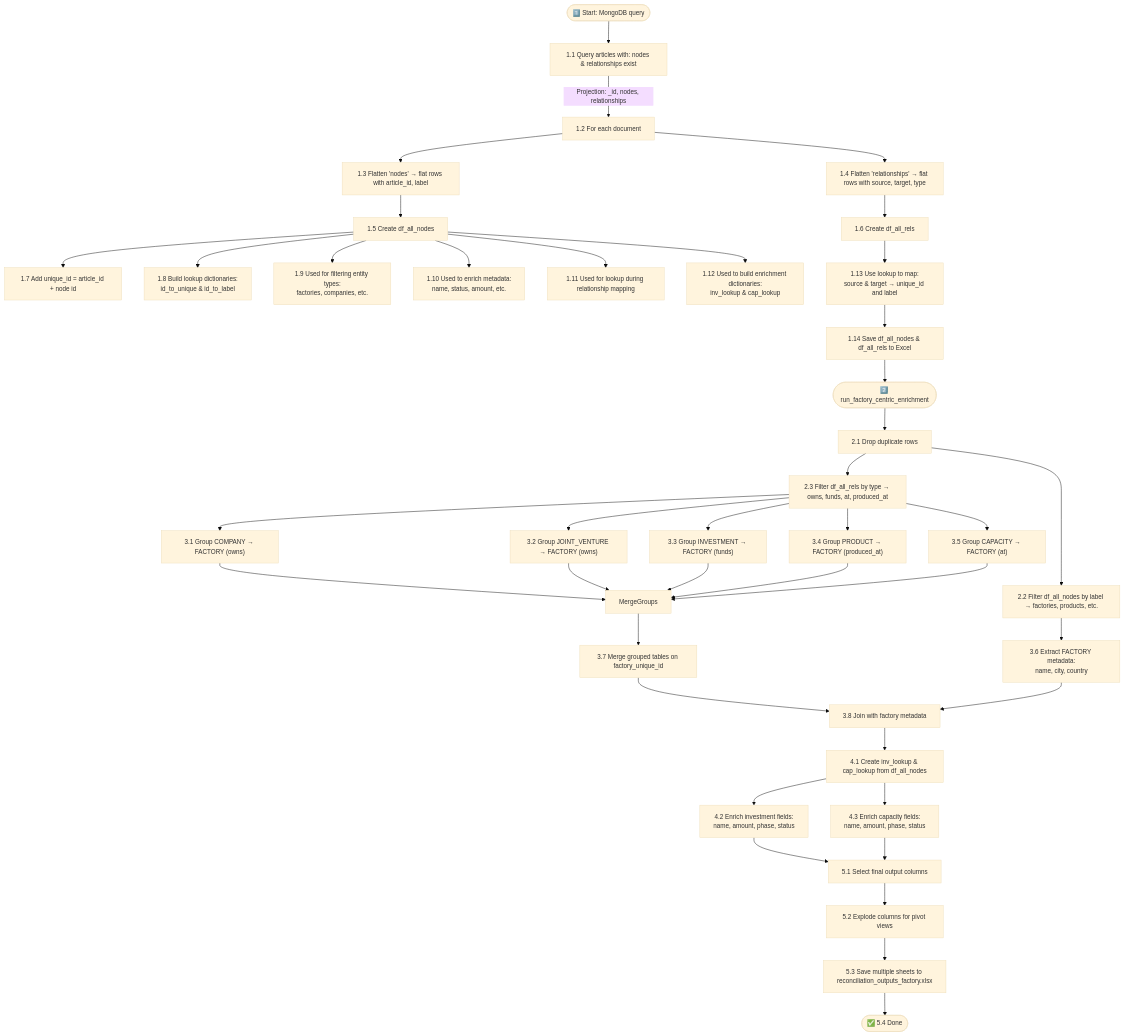
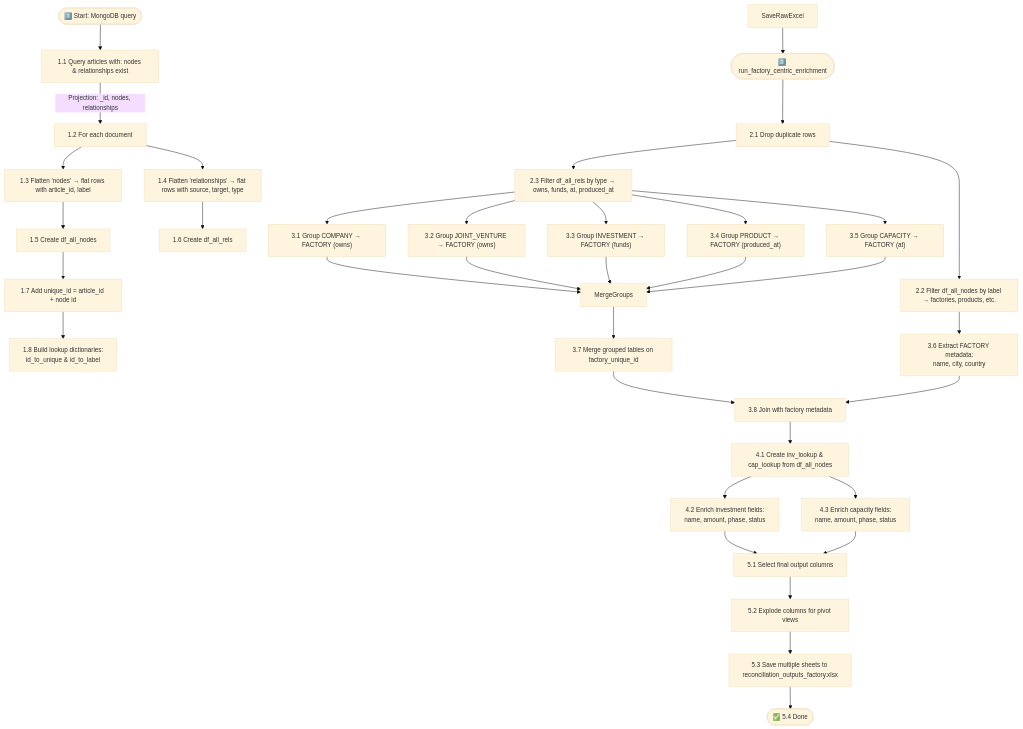
Before and after one commit to benmcwilliams/tuone-core: the diagram in reconcile/Readme.md, drawn with Mermaid.

````diff
--- a/reconcile/Readme.md
+++ b/reconcile/Readme.md
@@ -17,53 +17,48 @@
 ```mermaid
 %%{init: {'theme': 'base', 'themeVariables': { 'fontSize': '14px' }}}%%
 flowchart TD
 
 %% Section 1: Mongo query and document loop
 Start([1️⃣ Start: MongoDB query]) --> QueryMongo["1.1 Query articles with: nodes & relationships exist"]
 QueryMongo -->|Projection: _id, nodes, relationships| IterateDocs["1.2 For each document"]
 IterateDocs --> FlattenNodes["1.3 Flatten 'nodes' → flat rows with article_id, label"]
 IterateDocs --> FlattenRels["1.4 Flatten 'relationships' → flat rows with source, target, type"]
 FlattenNodes --> DFNodes["1.5 Create df_all_nodes"]
 FlattenRels --> DFRels["1.6 Create df_all_rels"]
 DFNodes --> UniqueID["1.7 Add unique_id = article_id + node id"]
-DFNodes --> IDToLabel["1.8 Build lookup dictionaries:\nid_to_unique & id_to_label"]
-DFNodes --> Role1["1.9 Used for filtering entity types:\nfactories, companies, etc."]
-DFNodes --> Role2["1.10 Used to enrich metadata:\nname, status, amount, etc."]
-DFNodes --> Role3["1.11 Used for lookup during relationship mapping"]
-DFNodes --> Role4["1.12 Used to build enrichment dictionaries:\ninv_lookup & cap_lookup"]
-DFRels --> MapSourceTarget["1.13 Use lookup to map:\nsource & target → unique_id and label"]
-MapSourceTarget --> SaveRawExcel["1.14 Save df_all_nodes & df_all_rels to Excel"]
+UniqueID["1.7 Add unique_id = article_id + node id"] --> IDToLabel["1.8 Build lookup dictionaries:\nid_to_unique & id_to_label"]
+
 
 %% Section 2: Begin enrichment function
 SaveRawExcel --> StartEnrich([2️⃣ run_factory_centric_enrichment])
 StartEnrich --> Deduplicate["2.1 Drop duplicate rows"]
 Deduplicate --> SubsetNodes["2.2 Filter df_all_nodes by label → factories, products, etc."]
 Deduplicate --> SubsetRels["2.3 Filter df_all_rels by type → owns, funds, at, produced_at"]
 
 %% Section 3: Grouping via relationships
 SubsetRels --> GroupOwns["3.1 Group COMPANY → FACTORY (owns)"]
 SubsetRels --> GroupOwnsJV["3.2 Group JOINT_VENTURE → FACTORY (owns)"]
 SubsetRels --> GroupFunds["3.3 Group INVESTMENT → FACTORY (funds)"]
 SubsetRels --> GroupProducts["3.4 Group PRODUCT → FACTORY (produced_at)"]
 SubsetRels --> GroupCapacities["3.5 Group CAPACITY → FACTORY (at)"]
 GroupOwns --> MergeGroups
 GroupOwnsJV --> MergeGroups
 GroupFunds --> MergeGroups
 GroupProducts --> MergeGroups
 GroupCapacities --> MergeGroups
 SubsetNodes --> FactoryMeta["3.6 Extract FACTORY metadata:\nname, city, country"]
 MergeGroups --> MergeFactory["3.7 Merge grouped tables on factory_unique_id"]
 MergeFactory --> MergeMeta["3.8 Join with factory metadata"]
 FactoryMeta["3.6 Extract FACTORY metadata:\nname, city, country"] --> MergeMeta["3.8 Join with factory metadata"]
 %% Section 4: Enrichment using dictionaries
 MergeMeta --> BuildLookups["4.1 Create inv_lookup & cap_lookup from df_all_nodes"]
 BuildLookups --> EnrichInvest["4.2 Enrich investment fields:\nname, amount, phase, status"]
 BuildLookups --> EnrichCap["4.3 Enrich capacity fields:\nname, amount, phase, status"]
 
 %% Section 5: Excel export
 EnrichInvest --> SelectCols["5.1 Select final output columns"]
 EnrichCap --> SelectCols
 SelectCols --> PivotViews["5.2 Explode columns for pivot views"]
 PivotViews --> SaveExcel["5.3 Save multiple sheets to reconciliation_outputs_factory.xlsx"]
 SaveExcel --> End([✅ 5.4 Done])
 ```
````
